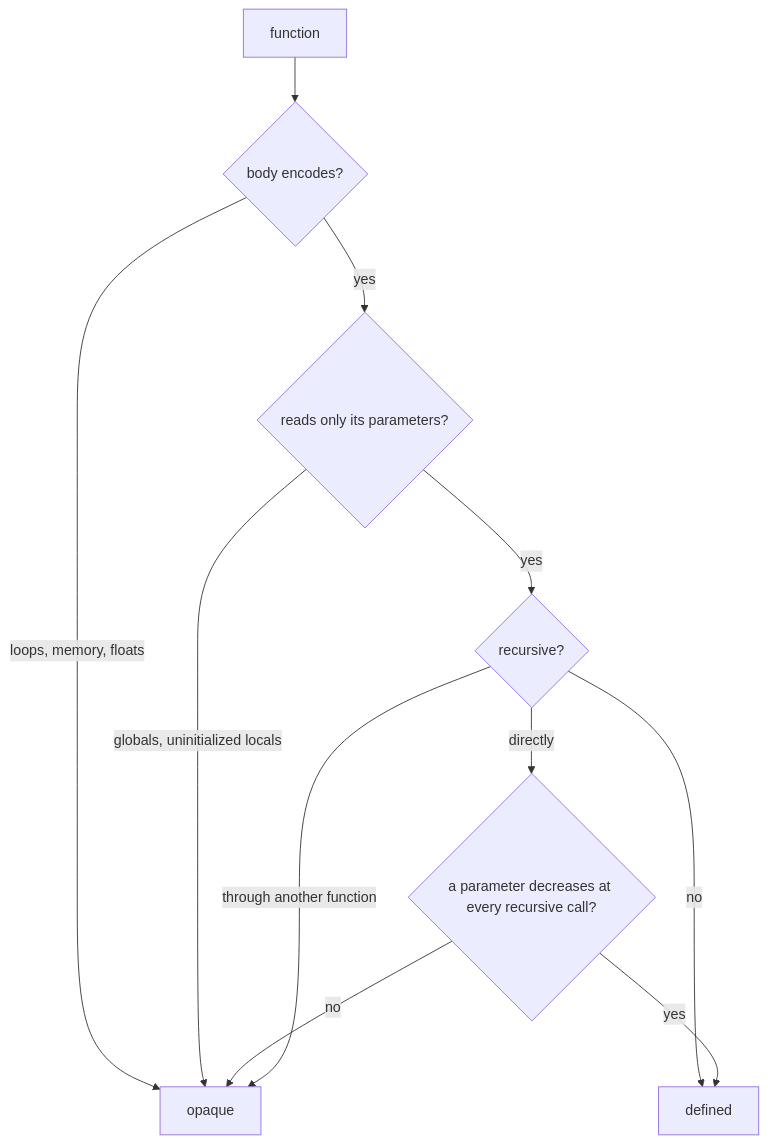
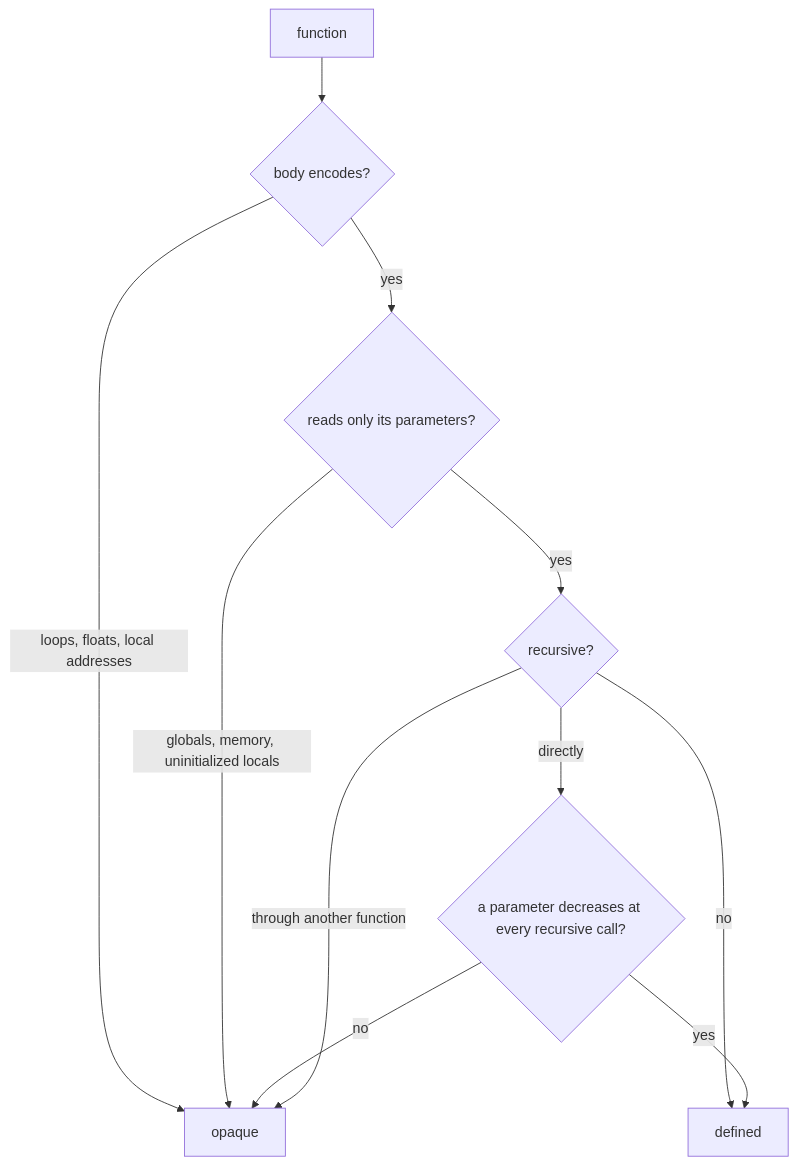
One commit to The-Mettle-Project/Mettle changed the first of 2 diagrams in docs/proofs.md. Above: the diagram before and after it, drawn with Mermaid. The commit also changed other lines of this file and 7 other files, not shown here.

````diff
--- a/docs/proofs.md
+++ b/docs/proofs.md
@@ -128,13 +181,13 @@
 ```mermaid
 flowchart TD
   F[function] --> E{body encodes?}
-  E -- loops, memory, floats --> O[opaque]
+  E -- loops, floats, local addresses --> O[opaque]
   E -- yes --> R{reads only its parameters?}
-  R -- globals, uninitialized locals --> O
+  R -- globals, memory, uninitialized locals --> O
   R -- yes --> C{recursive?}
   C -- no --> D[defined]
   C -- directly --> M{a parameter decreases at every recursive call?}
   M -- yes --> D
   M -- no --> O
   C -- through another function --> O
 ```
````
